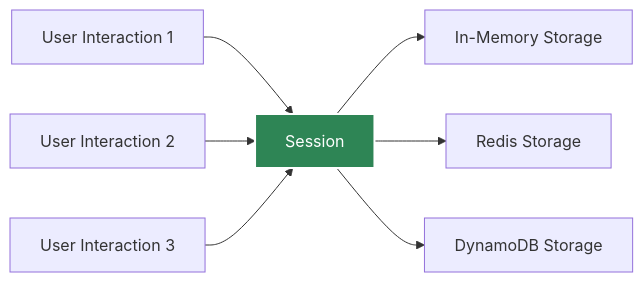
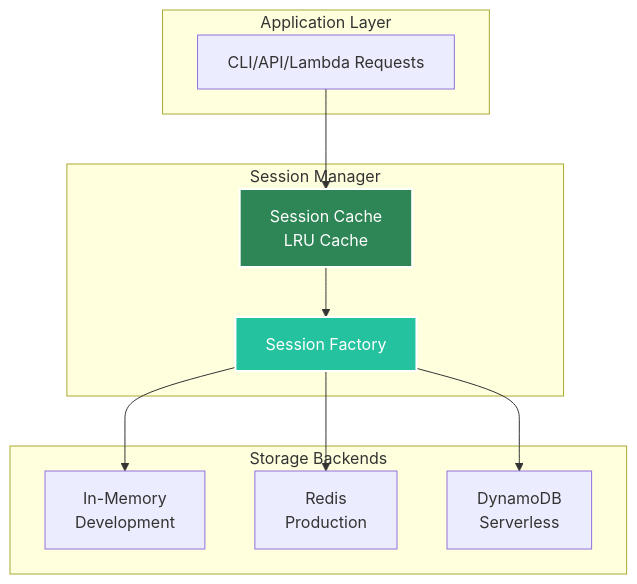
The first of 2 diagrams in docs/docs/core-concepts/session.md (yaalalabs/agent-kernel), drawn with Mermaid before and after one commit. The commit also changed other lines of this file and 13 other files, not shown here.

````diff
--- a/docs/docs/core-concepts/session.md
+++ b/docs/docs/core-concepts/session.md
@@ -11,12 +11,26 @@
 ```mermaid
-graph LR
-    A[User Interaction 1] --> B[Session]
-    C[User Interaction 2] --> B
-    D[User Interaction 3] --> B
+graph TB
+    subgraph "Application Layer"
+        A[CLI/API/Lambda Requests]
+    end
     
-    B --> E[In-Memory Storage]
-    B --> F[Redis Storage]
-    B --> G[DynamoDB Storage]
+    subgraph "Session Manager"
+        B[Session Cache<br/>LRU Cache]
+        C[Session Factory]
+    end
+    
+    subgraph "Storage Backends"
+        D[In-Memory<br/>Development]
+        E[Redis<br/>Production]
+        F[DynamoDB<br/>Serverless]
+    end
+    
+    A --> B
+    B --> C
+    C --> D
+    C --> E
+    C --> F
     
     style B fill:#2e8555,stroke:#fff,stroke-width:2px,color:#fff
+    style C fill:#25c2a0,stroke:#fff,stroke-width:2px,color:#fff
 ```
````
